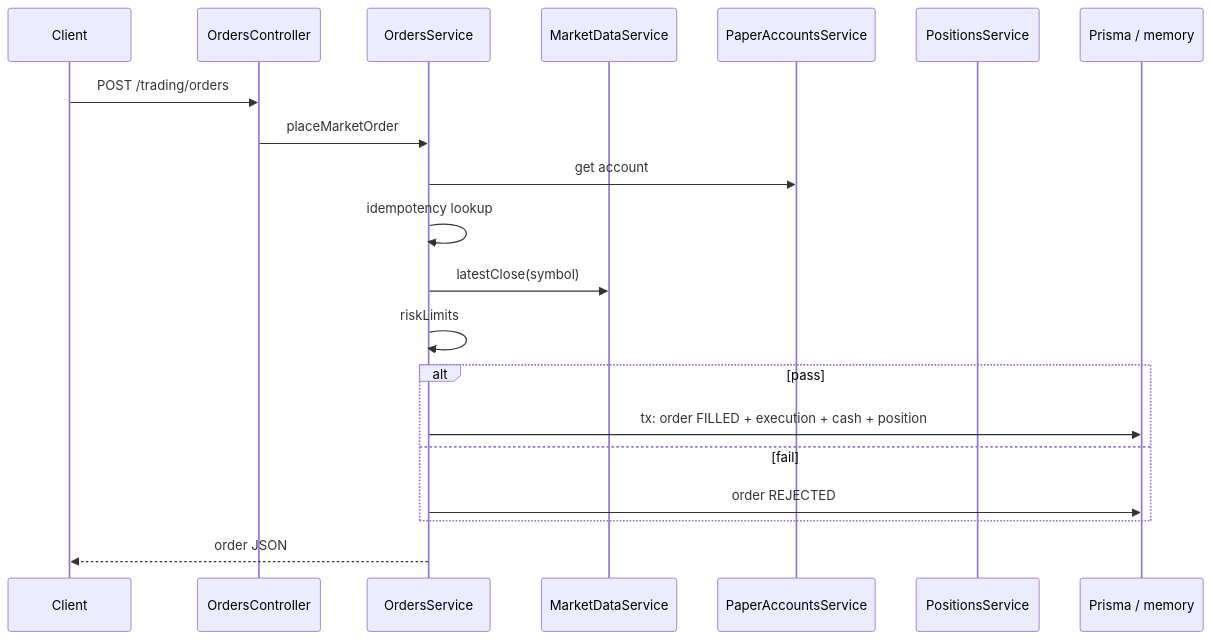
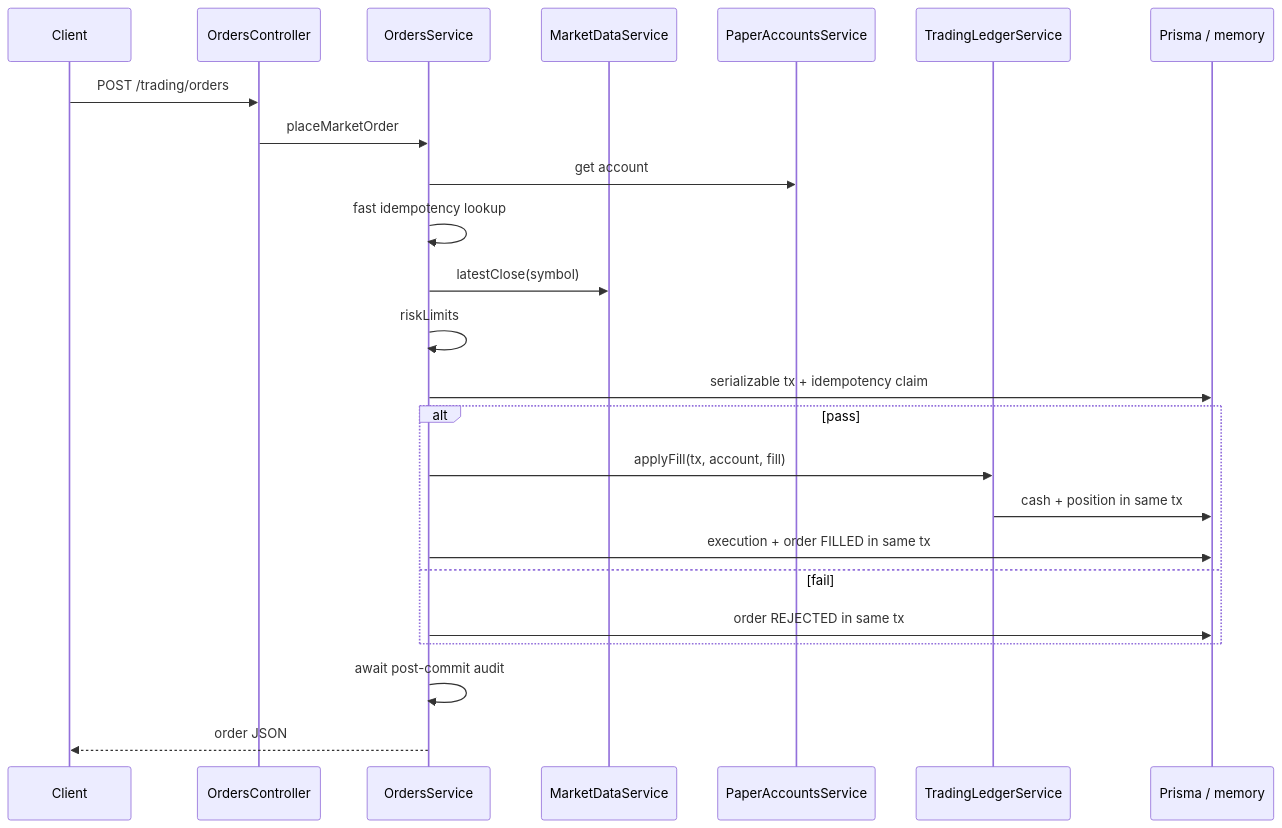
The diagram in docs/plans/sprint-4-2-orders-executions.md (JustinPaoletta/BitStockerz), drawn with Mermaid before and after one commit. The commit also changed other lines of this file and 232 other files, not shown here.

````diff
--- a/docs/plans/sprint-4-2-orders-executions.md
+++ b/docs/plans/sprint-4-2-orders-executions.md
@@ -194,23 +202,27 @@
 ```mermaid
 sequenceDiagram
   participant C as Client
   participant OC as OrdersController
   participant OS as OrdersService
   participant MD as MarketDataService
   participant PA as PaperAccountsService
-  participant POS as PositionsService
+  participant L as TradingLedgerService
   participant DB as Prisma / memory
 
   C->>OC: POST /trading/orders
   OC->>OS: placeMarketOrder
   OS->>PA: get account
-  OS->>OS: idempotency lookup
+  OS->>OS: fast idempotency lookup
   OS->>MD: latestClose(symbol)
   OS->>OS: riskLimits
+  OS->>DB: serializable tx + idempotency claim
   alt pass
-    OS->>DB: tx: order FILLED + execution + cash + position
+    OS->>L: applyFill(tx, account, fill)
+    L->>DB: cash + position in same tx
+    OS->>DB: execution + order FILLED in same tx
   else fail
-    OS->>DB: order REJECTED
+    OS->>DB: order REJECTED in same tx
   end
+  OS->>OS: await post-commit audit
   OS-->>C: order JSON
 ```
````
